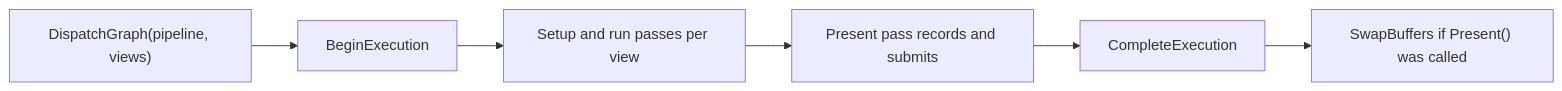
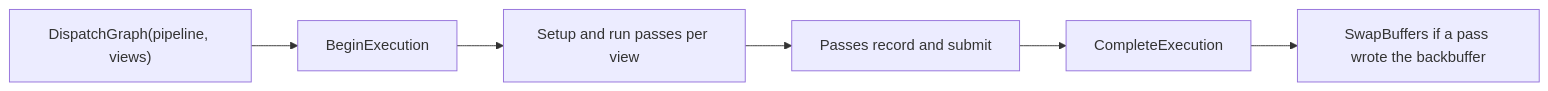
The diagram in Graphite/docs/api/getting-started.md (Acissathar/Anthology), drawn with Mermaid before and after one commit. The commit also changed other lines of this file and 7 other files, not shown here.

````diff
--- a/Graphite/docs/api/getting-started.md
+++ b/Graphite/docs/api/getting-started.md
@@ -299,8 +293,8 @@
 ```mermaid
 flowchart LR
     A["DispatchGraph(pipeline, views)"] --> B["BeginExecution"]
     B --> C["Setup and run passes per view"]
-    C --> D["Present pass records and submits"]
+    C --> D["Passes record and submit"]
     D --> E["CompleteExecution"]
-    E --> F["SwapBuffers if Present() was called"]
+    E --> F["SwapBuffers if a pass wrote the backbuffer"]
 ```
````
